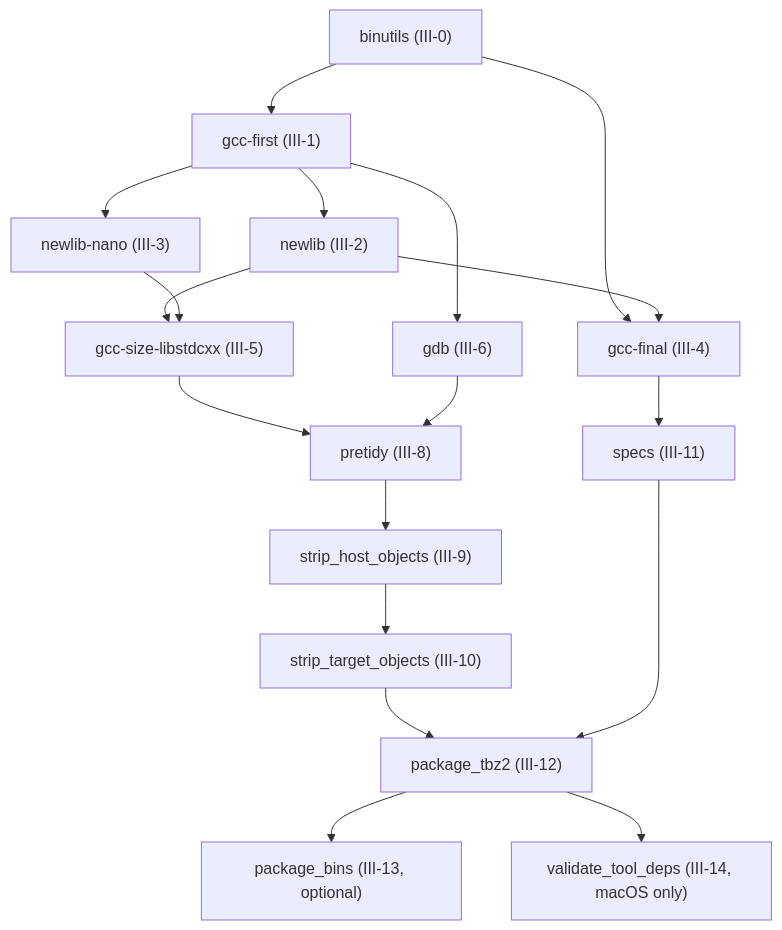
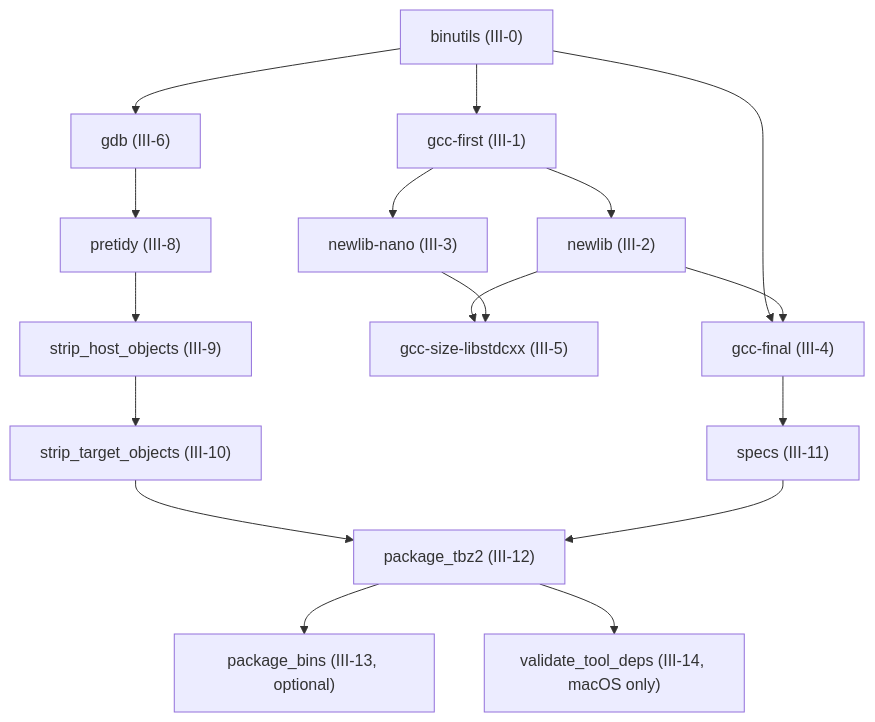
One commit to grahame-org/gnu-tools-for-stm32 changed the diagram in docs/build-stages.md. Above: the diagram before and after it, drawn with Mermaid. The commit also changed other lines of this file, not shown here.

Commit message:
docs: fix GDB deps rationale, remove line-number ref, clarify break_hardlink, fix Mermaid graph edges

````diff
--- a/docs/build-stages.md
+++ b/docs/build-stages.md
@@ -391,35 +393,34 @@
 ```mermaid
 flowchart TD
     A["binutils (III-0)"]
     B["gcc-first (III-1)"]
     C["newlib (III-2)"]
     D["newlib-nano (III-3)"]
     E["gcc-final (III-4)"]
     F["gcc-size-libstdcxx (III-5)"]
     G["gdb (III-6)"]
     H["pretidy (III-8)"]
     I["strip_host_objects (III-9)"]
     J["strip_target_objects (III-10)"]
     K["specs (III-11)"]
     L["package_tbz2 (III-12)"]
     M["package_bins (III-13, optional)"]
     N["validate_tool_deps (III-14, macOS only)"]
 
     A --> B
     A --> E
+    A --> G
     B --> C
     B --> D
-    B --> G
     C --> E
     C --> F
     D --> F
     E --> K
-    F --> H
     G --> H
     H --> I
     I --> J
     J --> L
     K --> L
     L --> M
     L --> N
 ```
````
